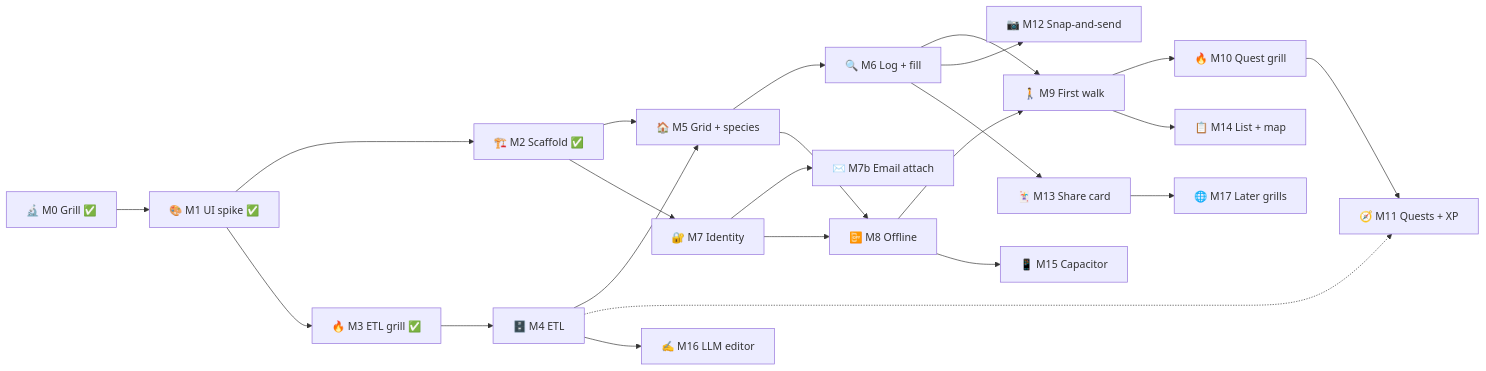
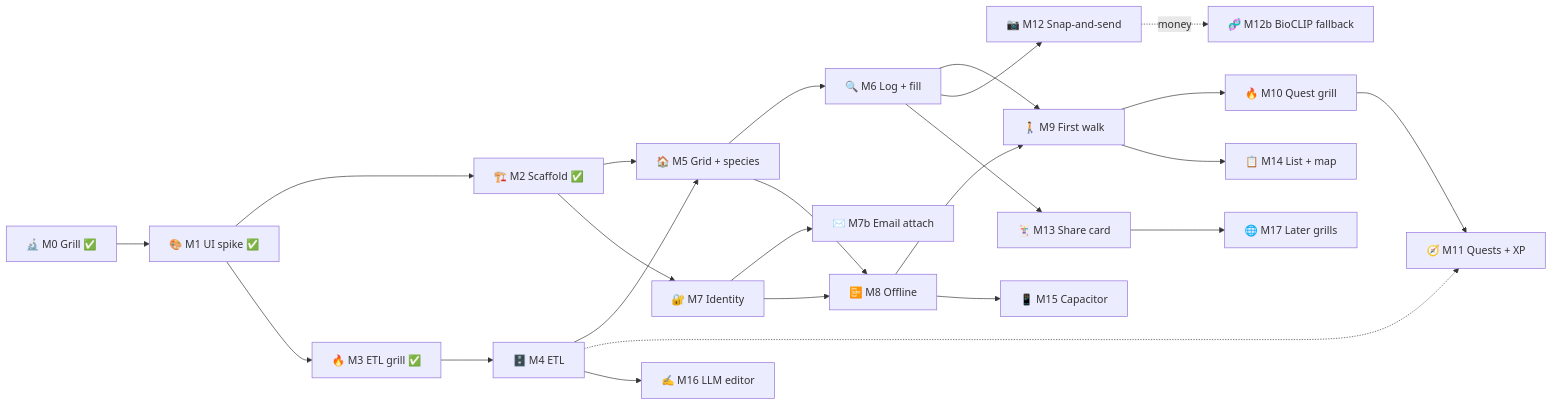
The diagram in docs/ROADMAP.md (Standkreis/standkreis-dex), drawn with Mermaid before and after one commit. The commit also changed other lines of this file and 3 other files, not shown here.

Commit message:
record 0003: the scan is Sonnet held to the set, BioCLIP parked as the cost fallback; handoff 0016 M12 build; roadmap M12/M12b; grill decision cells filled

````diff
--- a/docs/ROADMAP.md
+++ b/docs/ROADMAP.md
@@ -37,25 +38,26 @@
 ```mermaid
 flowchart LR
     M0[🔬 M0 Grill ✅] --> M1[🎨 M1 UI spike ✅]
     M1 --> M2[🏗️ M2 Scaffold ✅]
     M1 --> M3[🔥 M3 ETL grill ✅]
     M3 --> M4[🗄️ M4 ETL]
     M2 --> M5[🏠 M5 Grid + species]
     M4 --> M5
     M2 --> M7[🔐 M7 Identity]
     M7 --> M7b[✉️ M7b Email attach]
     M5 --> M6[🔍 M6 Log + fill]
     M5 --> M8[📴 M8 Offline]
     M7 --> M8
     M6 --> M9[🚶 M9 First walk]
     M8 --> M9
     M9 --> M10[🔥 M10 Quest grill]
     M10 --> M11[🧭 M11 Quests + XP]
     M4 -.-> M11
     M6 --> M12[📷 M12 Snap-and-send]
+    M12 -.money.-> M12b[🧬 M12b BioCLIP fallback]
     M6 --> M13[🃏 M13 Share card]
     M9 --> M14[📋 M14 List + map]
     M8 --> M15[📱 M15 Capacitor]
     M4 --> M16[✍️ M16 LLM editor]
     M13 --> M17[🌐 M17 Later grills]
 ```
````
